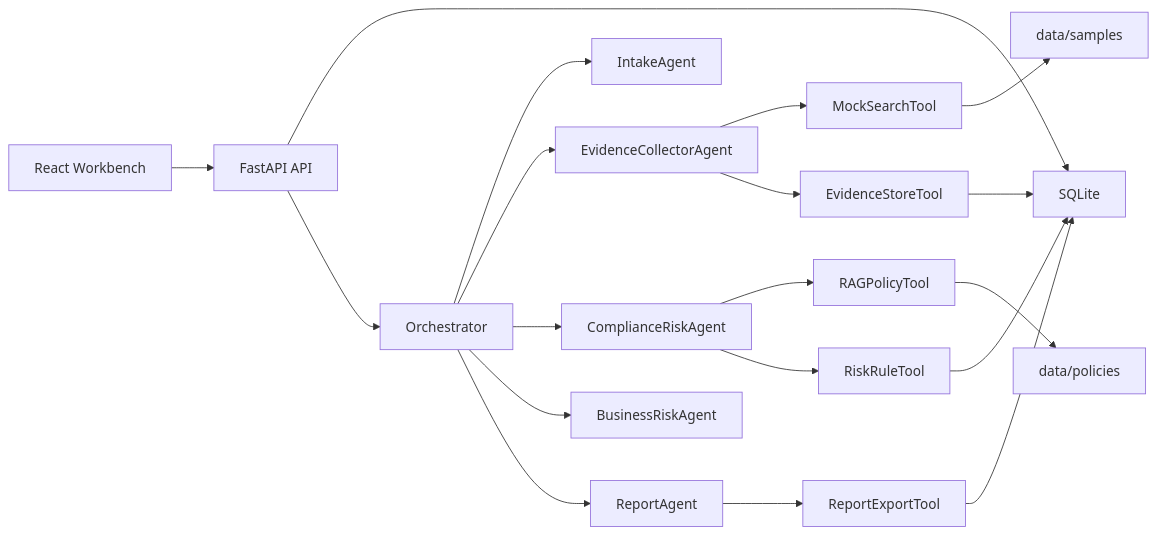
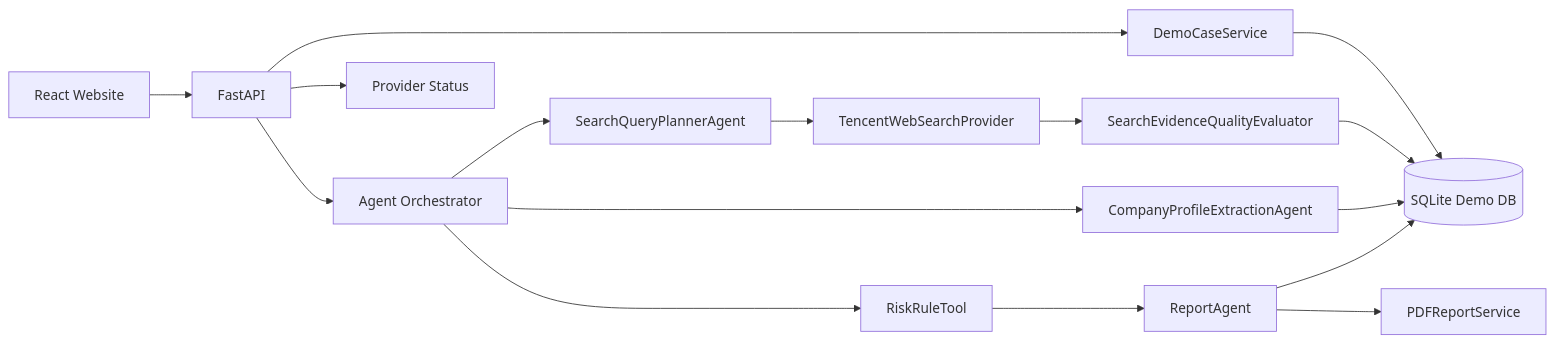
Before and after one commit to Lzy23331/supplyguard-agent: the diagram in docs/architecture.md, drawn with Mermaid. The commit also changed other lines of this file and 137 other files, not shown here.

````diff
--- a/docs/architecture.md
+++ b/docs/architecture.md
@@ -5,21 +3,18 @@
 ```mermaid
 flowchart LR
-  UI["React Workbench"] --> API["FastAPI API"]
-  API --> DB["SQLite"]
-  API --> ORCH["Orchestrator"]
-  ORCH --> IA["IntakeAgent"]
-  ORCH --> EC["EvidenceCollectorAgent"]
-  ORCH --> CR["ComplianceRiskAgent"]
-  ORCH --> BR["BusinessRiskAgent"]
-  ORCH --> RA["ReportAgent"]
-  EC --> SEARCH["MockSearchTool"]
-  EC --> STORE["EvidenceStoreTool"]
-  CR --> RAG["RAGPolicyTool"]
-  CR --> RULES["RiskRuleTool"]
-  RA --> REPORT["ReportExportTool"]
-  SEARCH --> SAMPLES["data/samples"]
-  RAG --> POLICIES["data/policies"]
-  STORE --> DB
-  RULES --> DB
-  REPORT --> DB
+  UI[React Website] --> API[FastAPI]
+  API --> Demo[DemoCaseService]
+  API --> Orchestrator[Agent Orchestrator]
+  Demo --> DB[(SQLite Demo DB)]
+  Orchestrator --> Planner[SearchQueryPlannerAgent]
+  Planner --> Search[TencentWebSearchProvider]
+  Search --> Quality[SearchEvidenceQualityEvaluator]
+  Quality --> DB
+  Orchestrator --> Profile[CompanyProfileExtractionAgent]
+  Profile --> DB
+  Orchestrator --> Rules[RiskRuleTool]
+  Rules --> Report[ReportAgent]
+  Report --> PDF[PDFReportService]
+  Report --> DB
+  API --> Status[Provider Status]
 ```
````
